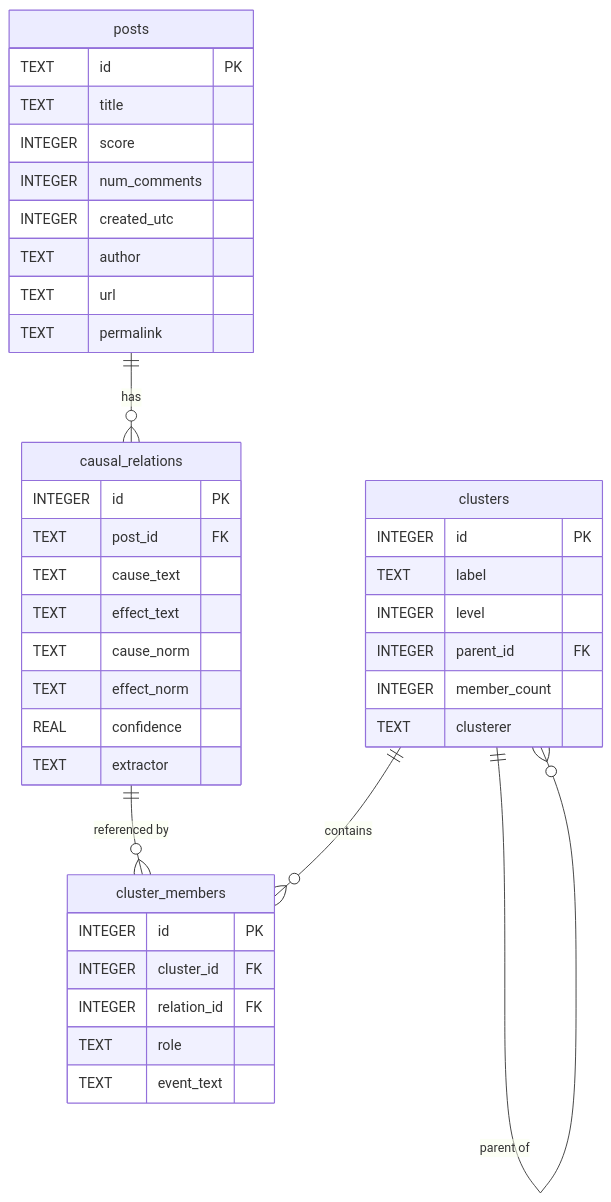
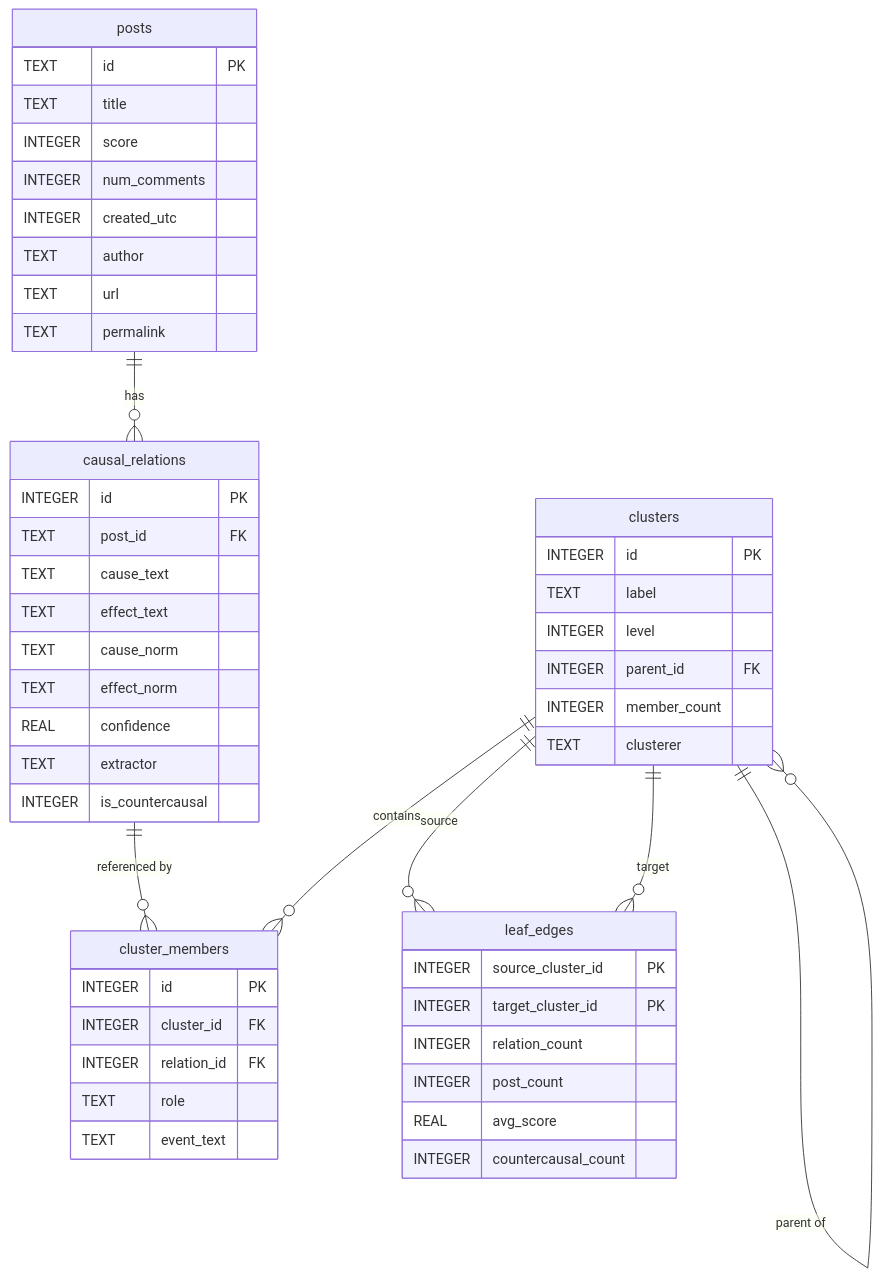
One commit to TheMrSheldon/causalgraph changed the third of 7 diagrams in docs/architecture.md. Above: the diagram before and after it, drawn with Mermaid. The commit also changed other lines of this file and 15 other files, not shown here.

````diff
--- a/docs/architecture.md
+++ b/docs/architecture.md
@@ -78,46 +93,58 @@
 ```mermaid
 erDiagram
     posts {
         TEXT id PK
         TEXT title
         INTEGER score
         INTEGER num_comments
         INTEGER created_utc
         TEXT author
         TEXT url
         TEXT permalink
     }
 
     causal_relations {
         INTEGER id PK
         TEXT post_id FK
         TEXT cause_text
         TEXT effect_text
         TEXT cause_norm
         TEXT effect_norm
         REAL confidence
         TEXT extractor
+        INTEGER is_countercausal
     }
 
     clusters {
         INTEGER id PK
         TEXT label
         INTEGER level
         INTEGER parent_id FK
         INTEGER member_count
         TEXT clusterer
     }
 
     cluster_members {
         INTEGER id PK
         INTEGER cluster_id FK
         INTEGER relation_id FK
         TEXT role
         TEXT event_text
     }
 
+    leaf_edges {
+        INTEGER source_cluster_id PK
+        INTEGER target_cluster_id PK
+        INTEGER relation_count
+        INTEGER post_count
+        REAL avg_score
+        INTEGER countercausal_count
+    }
+
     posts ||--o{ causal_relations : "has"
     causal_relations ||--o{ cluster_members : "referenced by"
     clusters ||--o{ cluster_members : "contains"
     clusters ||--o{ clusters : "parent of"
+    clusters ||--o{ leaf_edges : "source"
+    clusters ||--o{ leaf_edges : "target"
 ```
````
